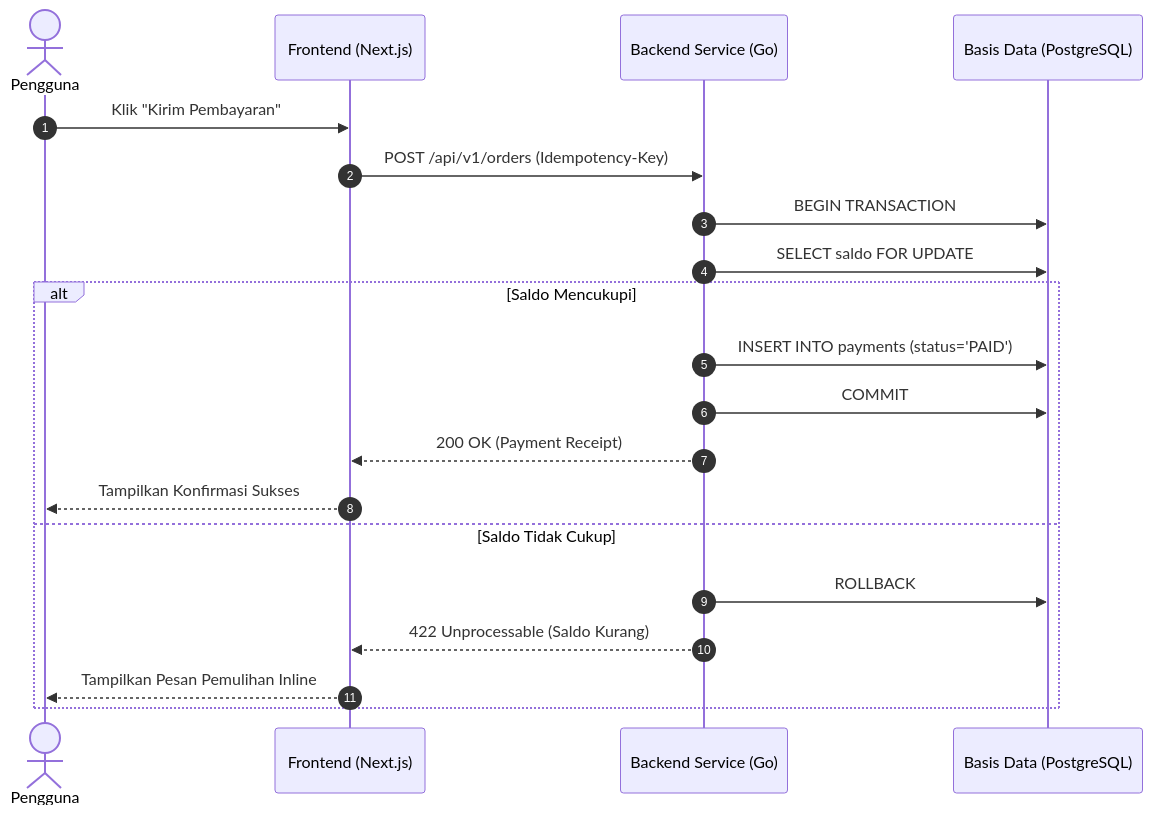
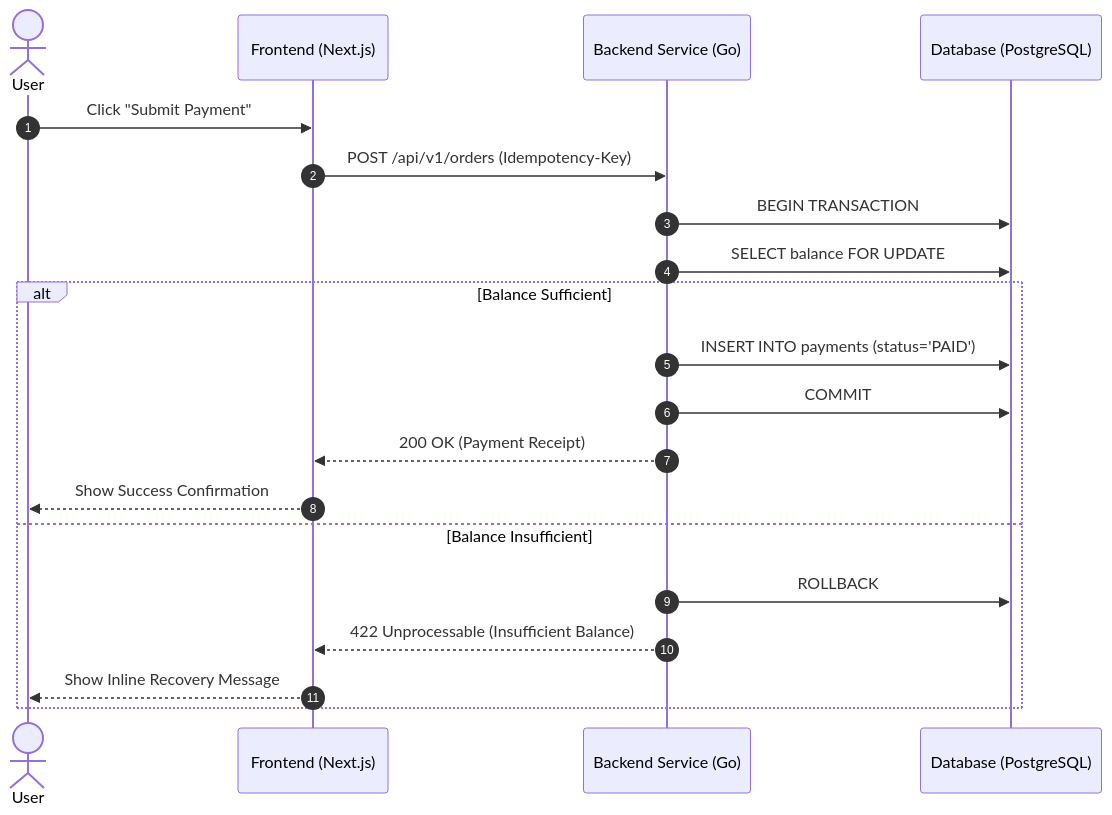
One commit to giriedu/maxilun changed the first of 4 diagrams in skills/maxilun-diagrams/references/architecture-diagram-patterns.md. Above: the diagram before and after it, drawn with Mermaid. The commit also changed other lines of this file and 207 other files, not shown here.

````diff
--- a/skills/maxilun-diagrams/references/architecture-diagram-patterns.md
+++ b/skills/maxilun-diagrams/references/architecture-diagram-patterns.md
@@ -17,23 +17,23 @@
 ```mermaid
 sequenceDiagram
     autonumber
-    actor User as Pengguna
+    actor User as User
     participant Client as Frontend (Next.js)
     participant API as Backend Service (Go)
-    participant DB as Basis Data (PostgreSQL)
+    participant DB as Database (PostgreSQL)
 
-    User->>Client: Klik "Kirim Pembayaran"
+    User->>Client: Click "Submit Payment"
     Client->>API: POST /api/v1/orders (Idempotency-Key)
     API->>DB: BEGIN TRANSACTION
-    API->>DB: SELECT saldo FOR UPDATE
-    alt Saldo Mencukupi
+    API->>DB: SELECT balance FOR UPDATE
+    alt Balance Sufficient
         API->>DB: INSERT INTO payments (status='PAID')
         API->>DB: COMMIT
         API-->>Client: 200 OK (Payment Receipt)
-        Client-->>User: Tampilkan Konfirmasi Sukses
-    else Saldo Tidak Cukup
+        Client-->>User: Show Success Confirmation
+    else Balance Insufficient
         API->>DB: ROLLBACK
-        API-->>Client: 422 Unprocessable (Saldo Kurang)
-        Client-->>User: Tampilkan Pesan Pemulihan Inline
+        API-->>Client: 422 Unprocessable (Insufficient Balance)
+        Client-->>User: Show Inline Recovery Message
     end
 ```
````
